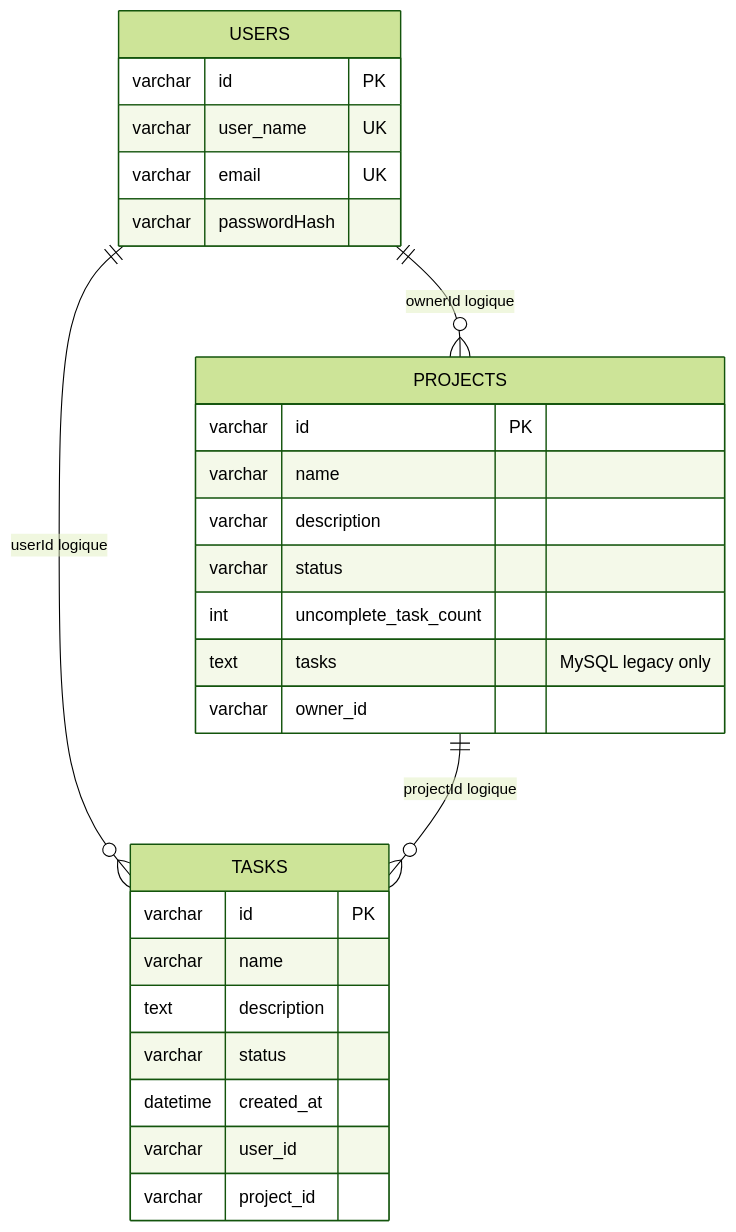
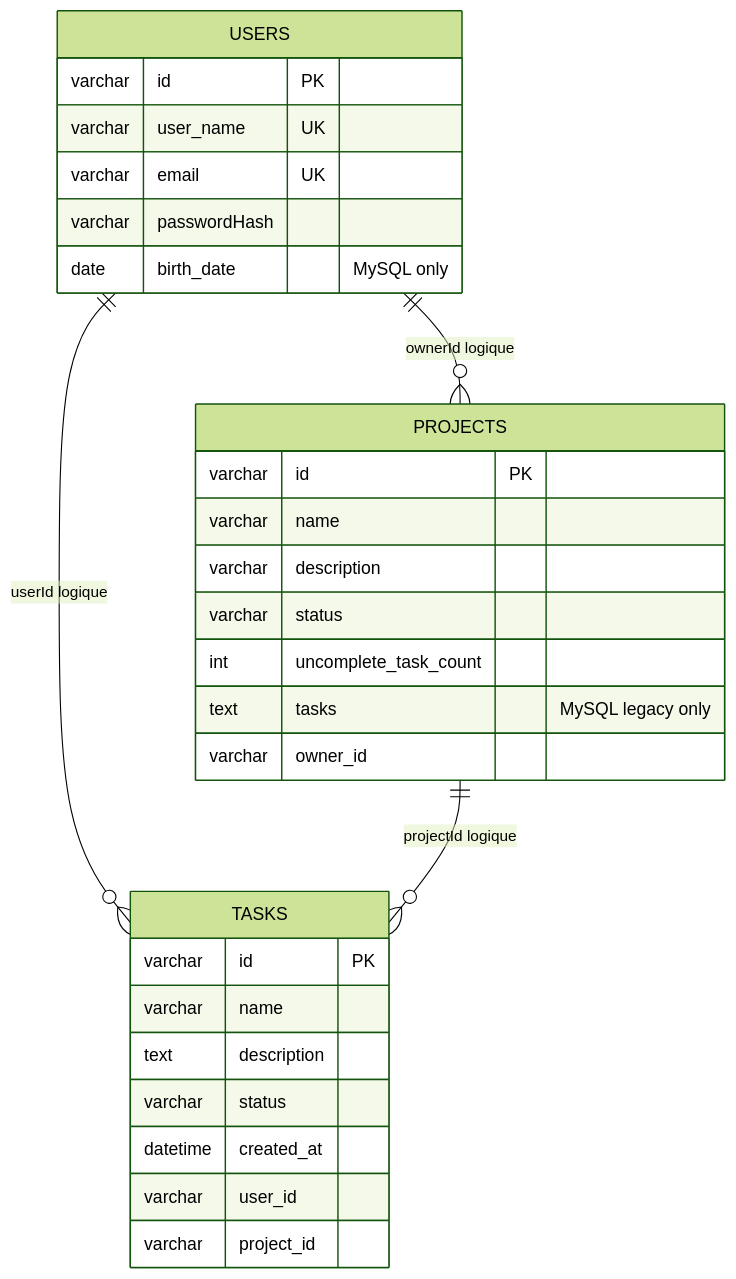
One commit to Tres7/projet-archi-to-do-list changed the diagram in docs/technical/database.md. Above: the diagram before and after it, drawn with Mermaid (forest theme). The commit also changed other lines of this file and 13 other files, not shown here.

````diff
--- a/docs/technical/database.md
+++ b/docs/technical/database.md
@@ -36,33 +36,34 @@
 ```mermaid
 erDiagram
     USERS ||--o{ PROJECTS : "ownerId logique"
     USERS ||--o{ TASKS : "userId logique"
     PROJECTS ||--o{ TASKS : "projectId logique"
 
     USERS {
         varchar id PK
         varchar user_name UK
         varchar email UK
         varchar passwordHash
+        date birth_date "MySQL only"
     }
 
     PROJECTS {
         varchar id PK
         varchar name
         varchar description
         varchar status
         int uncomplete_task_count
         text tasks "MySQL legacy only"
         varchar owner_id
     }
 
     TASKS {
         varchar id PK
         varchar name
         text description
         varchar status
         datetime created_at
         varchar user_id
         varchar project_id
     }
 ```
````
